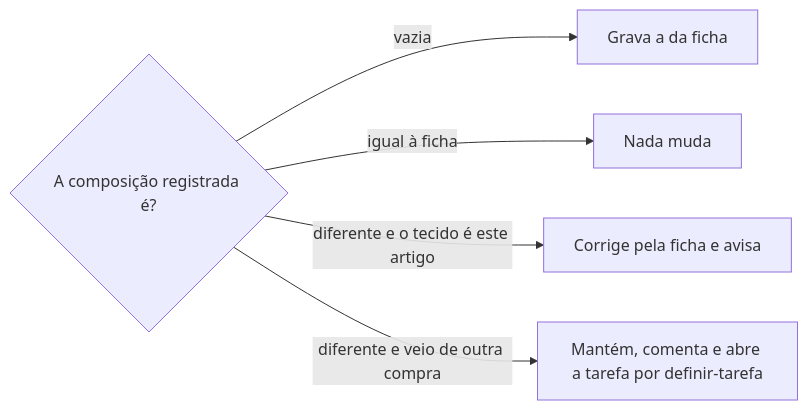
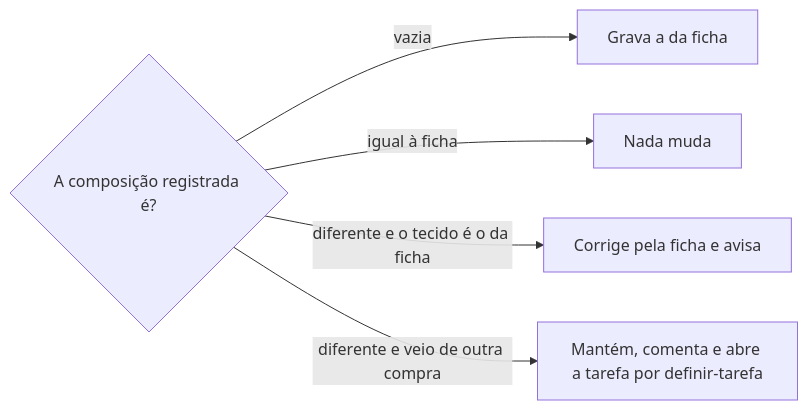
One commit to jimmyandrade/harness changed the diagram in .agents/skills/definir-tecido/SKILL.md. Above: the diagram before and after it, drawn with Mermaid. The commit also changed other lines of this file and 4 other files, not shown here.

````diff
--- a/.agents/skills/definir-tecido/SKILL.md
+++ b/.agents/skills/definir-tecido/SKILL.md
@@ -61,7 +65,7 @@
 ```mermaid
 flowchart LR
   Q{A composição registrada é?} -->|vazia| G[Grava a da ficha]
   Q -->|igual à ficha| N[Nada muda]
-  Q -->|diferente e o tecido é este artigo| C[Corrige pela ficha e avisa]
+  Q -->|diferente e o tecido é o da ficha| C[Corrige pela ficha e avisa]
   Q -->|diferente e veio de outra compra| M[Mantém, comenta e abre a tarefa por definir-tarefa]
 ```
````
